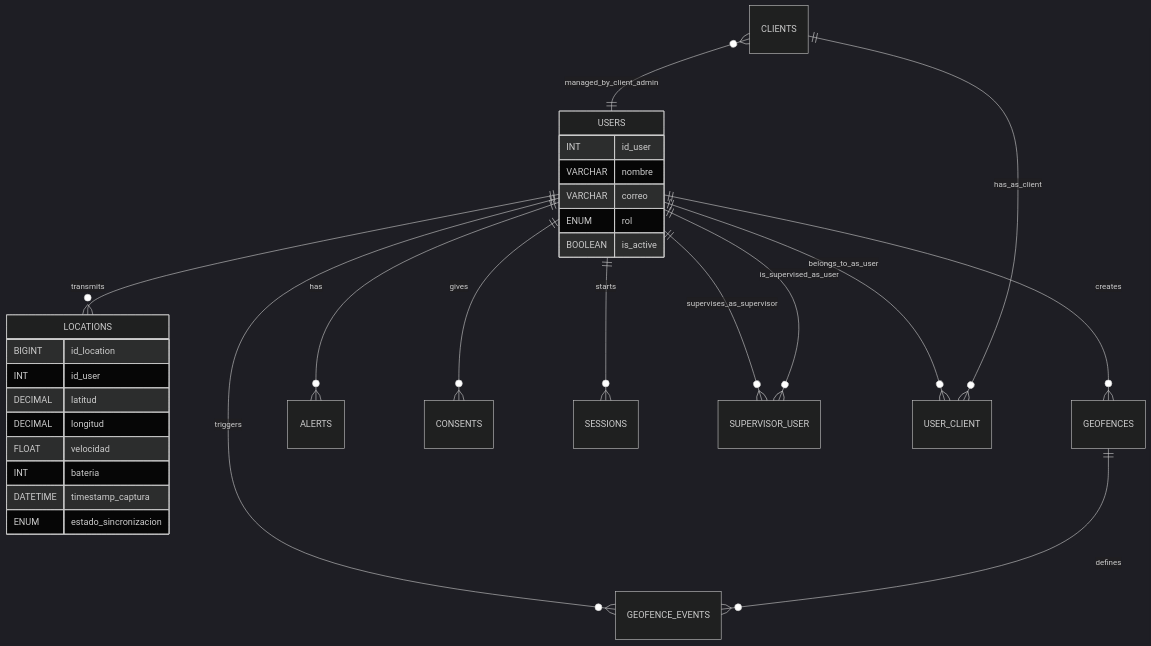
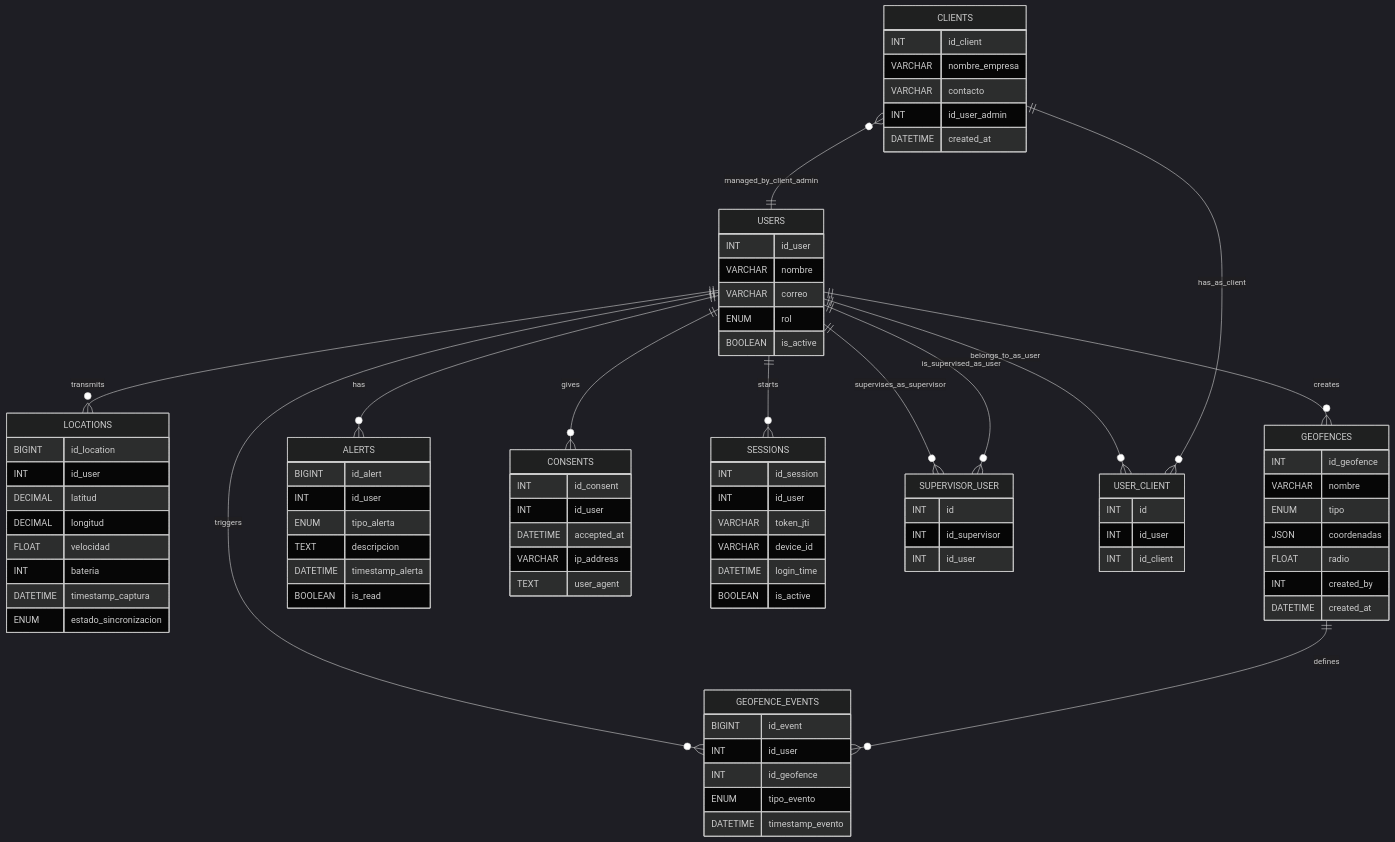
Before and after one commit to SantiagoValenciaM/rastreadorMassakyFront: the diagram in docs/04_data_layer.md, drawn with Mermaid (dark theme).

Commit message:
added more documentation :)

```diff
--- a/docs/04_data_layer.md
+++ b/docs/04_data_layer.md
@@ -41,6 +41,70 @@
     CLIENTS }o--|| USERS : managed_by_client_admin
     
     GEOFENCES ||--o{ GEOFENCE_EVENTS : defines
+
+    CLIENTS {
+        INT id_client
+        VARCHAR nombre_empresa
+        VARCHAR contacto
+        INT id_user_admin
+        DATETIME created_at
+    }
+
+    USER_CLIENT {
+        INT id
+        INT id_user
+        INT id_client
+    }
+
+    SUPERVISOR_USER {
+        INT id
+        INT id_supervisor
+        INT id_user
+    }
+
+    GEOFENCES {
+        INT id_geofence
+        VARCHAR nombre
+        ENUM tipo
+        JSON coordenadas
+        FLOAT radio
+        INT created_by
+        DATETIME created_at
+    }
+
+    GEOFENCE_EVENTS {
+        BIGINT id_event
+        INT id_user
+        INT id_geofence
+        ENUM tipo_evento
+        DATETIME timestamp_evento
+    }
+
+    ALERTS {
+        BIGINT id_alert
+        INT id_user
+        ENUM tipo_alerta
+        TEXT descripcion
+        DATETIME timestamp_alerta
+        BOOLEAN is_read
+    }
+
+    CONSENTS {
+        INT id_consent
+        INT id_user
+        DATETIME accepted_at
+        VARCHAR ip_address
+        TEXT user_agent
+    }
+
+    SESSIONS {
+        INT id_session
+        INT id_user
+        VARCHAR token_jti
+        VARCHAR device_id
+        DATETIME login_time
+        BOOLEAN is_active
+    }
     
     LOCATIONS {
         BIGINT id_location
```
